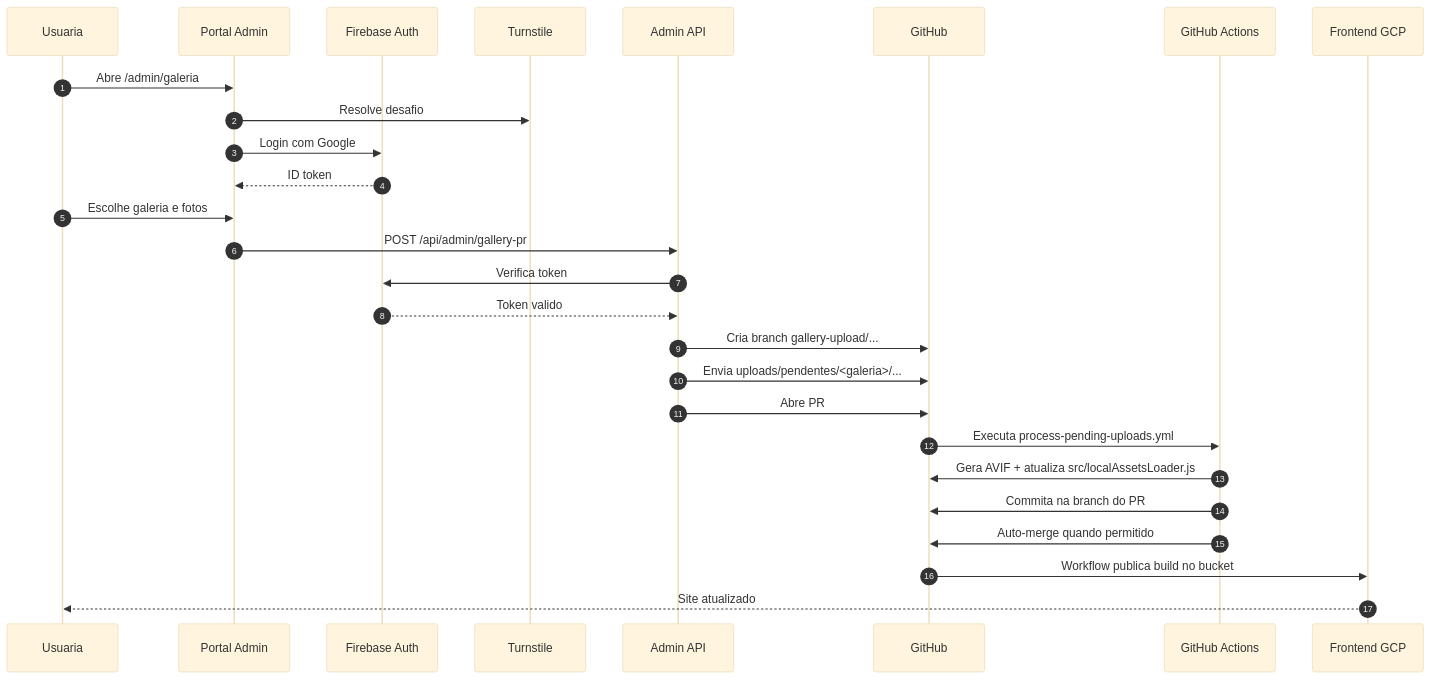
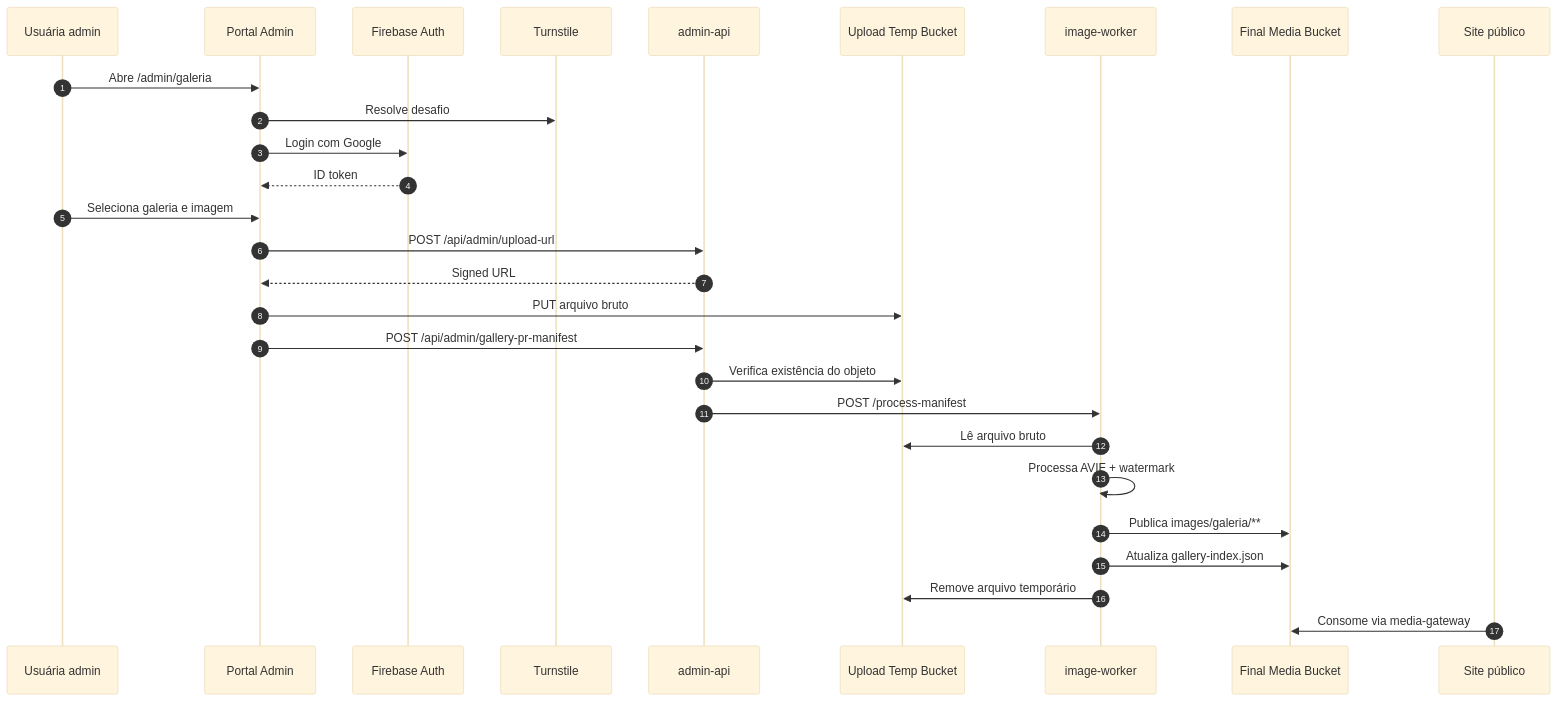
One commit to elton-peixoto-lu/photo-vitoria changed the second of 2 diagrams in docs/ARQUITETURA.md. Above: the diagram before and after it, drawn with Mermaid (base theme). The commit also changed other lines of this file and 2 other files, not shown here.

Commit message:
docs: rewrite architecture and admin upload docs

````diff
--- a/docs/ARQUITETURA.md
+++ b/docs/ARQUITETURA.md
@@ -33,30 +34,31 @@
 ```mermaid
 sequenceDiagram
   autonumber
-  participant User as Usuaria
+  participant User as Usuária admin
   participant Admin as Portal Admin
   participant Firebase as Firebase Auth
   participant Turnstile as Turnstile
-  participant API as Admin API
-  participant GitHub as GitHub
-  participant Actions as GitHub Actions
-  participant GCP as Frontend GCP
+  participant API as admin-api
+  participant Temp as Upload Temp Bucket
+  participant Worker as image-worker
+  participant Final as Final Media Bucket
+  participant Site as Site público
 
   User->>Admin: Abre /admin/galeria
   Admin->>Turnstile: Resolve desafio
   Admin->>Firebase: Login com Google
   Firebase-->>Admin: ID token
-  User->>Admin: Escolhe galeria e fotos
-  Admin->>API: POST /api/admin/gallery-pr
-  API->>Firebase: Verifica token
-  Firebase-->>API: Token valido
-  API->>GitHub: Cria branch gallery-upload/...
-  API->>GitHub: Envia uploads/pendentes/<galeria>/...
-  API->>GitHub: Abre PR
-  GitHub->>Actions: Executa process-pending-uploads.yml
-  Actions->>GitHub: Gera AVIF + atualiza src/localAssetsLoader.js
-  Actions->>GitHub: Commita na branch do PR
-  Actions->>GitHub: Auto-merge quando permitido
-  GitHub->>GCP: Workflow publica build no bucket
-  GCP-->>User: Site atualizado
+  User->>Admin: Seleciona galeria e imagem
+  Admin->>API: POST /api/admin/upload-url
+  API-->>Admin: Signed URL
+  Admin->>Temp: PUT arquivo bruto
+  Admin->>API: POST /api/admin/gallery-pr-manifest
+  API->>Temp: Verifica existência do objeto
+  API->>Worker: POST /process-manifest
+  Worker->>Temp: Lê arquivo bruto
+  Worker->>Worker: Processa AVIF + watermark
+  Worker->>Final: Publica images/galeria/**
+  Worker->>Final: Atualiza gallery-index.json
+  Worker->>Temp: Remove arquivo temporário
+  Site->>Final: Consome via media-gateway
 ```
````
